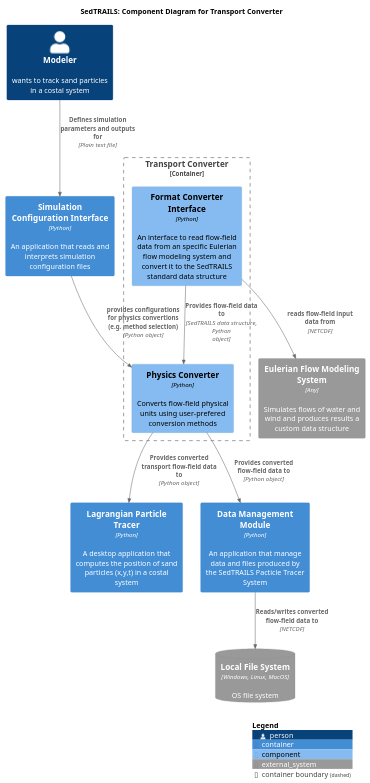
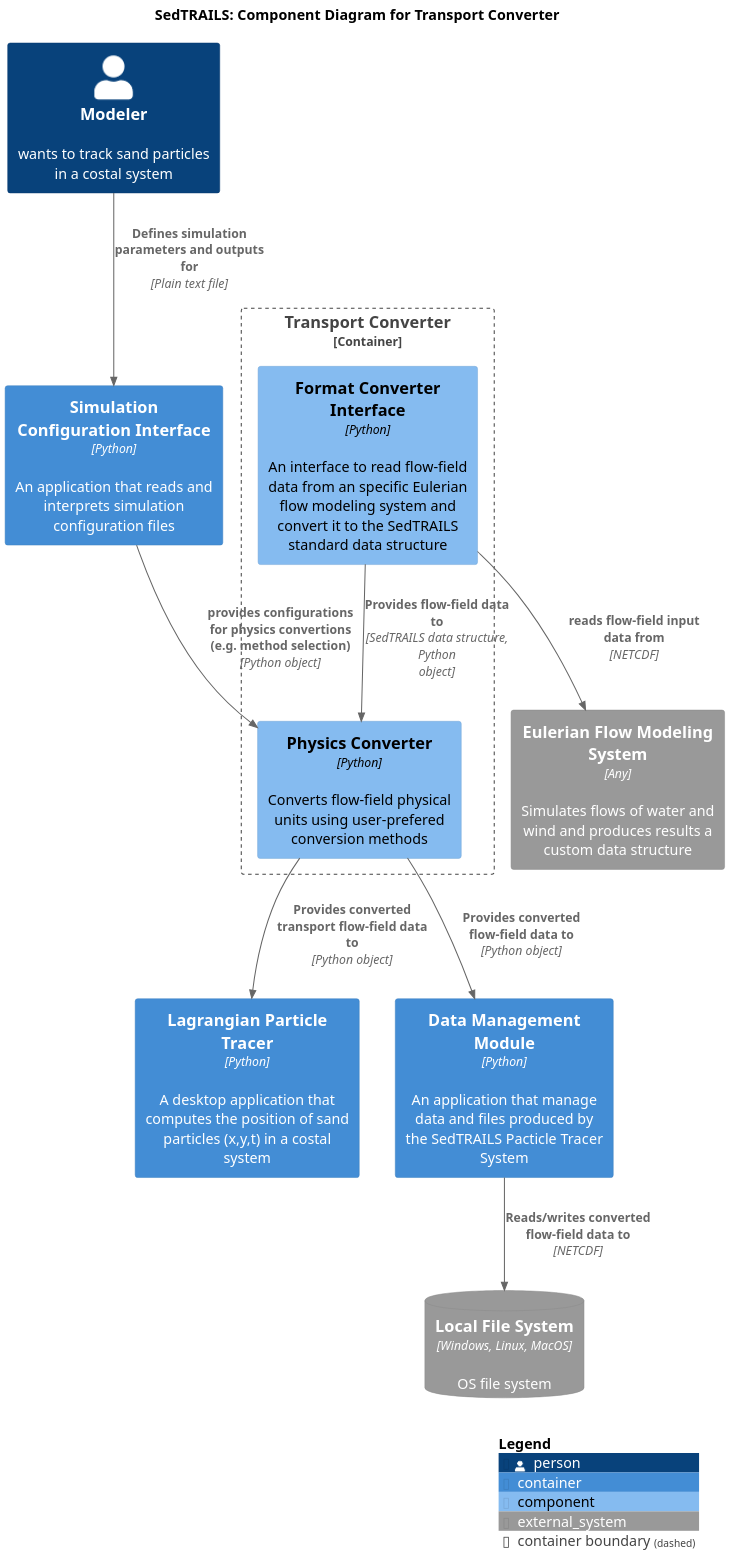
The diagram in diagrams/componets-converter-app.puml (sgpearson17/sedtrails-sgp), drawn with PlantUML before and after one commit. The commit also changed 5 other files, not shown here.

```diff
--- a/diagrams/componets-converter-app.puml
+++ b/diagrams/componets-converter-app.puml
@@ -1,38 +1,38 @@
-@startuml SedtrailComponentsConverter
+@startuml SedtrailComponentsTransportConverter
 !include ./c4/C4_Component.puml
 
 ' LAYOUT_LANDSCAPE()
 
 title SedTRAILS: Component Diagram for Transport Converter
-scale 1
+scale 2
 
 Person(modeler, "Modeler", "wants to track sand particles in a costal system")
 
 Container(configInterface, "Simulation Configuration Interface", "Python", "An application that reads and interprets simulation configuration files")
 
 Container_Boundary(transportConverter, "Transport Converter"){ 
     
     Component(formatConverter, "Format Converter Interface", "Python", "An interface to read flow-field data from an specific Eulerian flow modeling system and convert it to the SedTRAILS standard data structure")
 
     Component(physicsConverter, "Physics Converter", "Python", "Converts flow-field physical units using user-prefered conversion methods")
         
     Rel(formatConverter, physicsConverter, "Provides flow-field data to", "SedTRAILS data structure, Python object")
     Rel(modeler, configInterface, "Defines simulation parameters and outputs for", "Plain text file")
     Rel(configInterface, physicsConverter, "provides configurations for physics convertions (e.g. method selection)", "Python object")
 }
 
 Container(particleTracer, "Lagrangian Particle Tracer", "Python", "A desktop application that computes the position of sand particles (x,y,t) in a costal system")
 
 Container(dataManager, "Data Management Module", "Python", "An application that manage data and files produced by the SedTRAILS Pacticle Tracer System")
 
 System_Ext(flowSystem, "Eulerian Flow Modeling System", "Simulates flows of water and wind and produces results a custom data structure", $type="Any")
 SystemDb_Ext(fileSystem, "Local File System", "OS file system", $type="Windows, Linux, MacOS")
 
 Rel(physicsConverter, dataManager, "Provides converted flow-field data to", "Python object")
 Rel(physicsConverter, particleTracer, "Provides converted transport flow-field data to", "Python object")
 Rel(dataManager, fileSystem, "Reads/writes converted flow-field data to", "NETCDF")
 
 Rel( formatConverter, flowSystem, "reads flow-field input data from", "NETCDF")
 
 SHOW_LEGEND()
 @enduml
```
